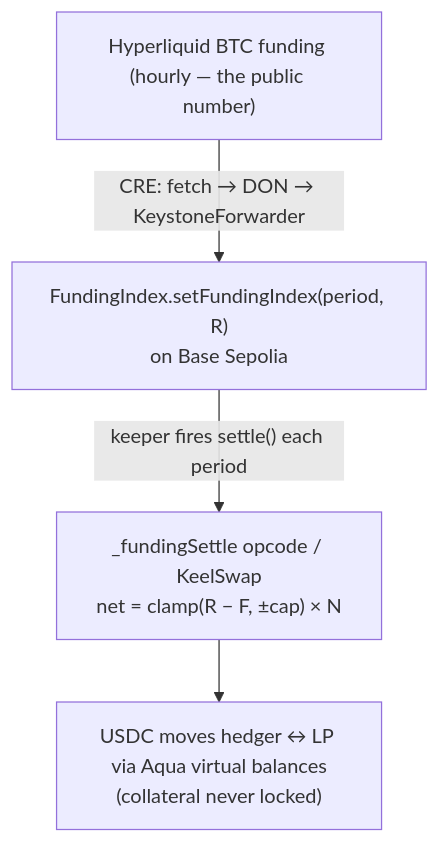
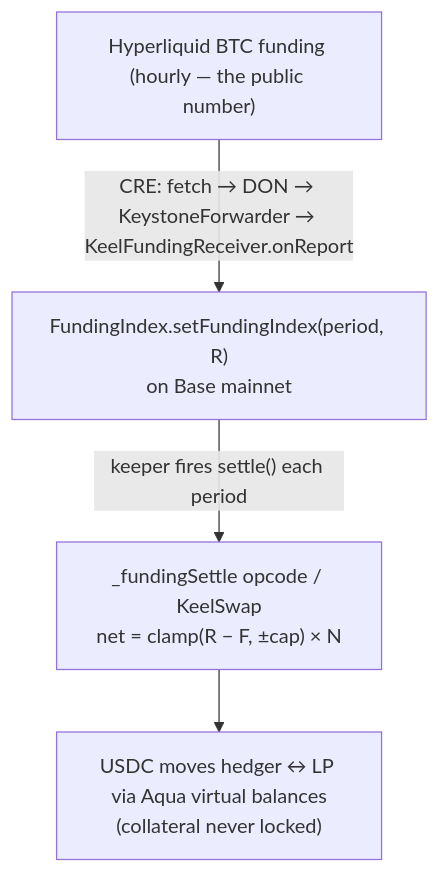
Before and after one commit to 0xYudhishthra/TenorFi: the second of 2 diagrams in README.md, drawn with Mermaid. The commit also changed other lines of this file and 10 other files, not shown here.

First line of the commit message:
feat(contracts): add KeelFundingReceiver CRE consumer; target Base mainnet

````diff
--- a/README.md
+++ b/README.md
@@ -63,6 +63,6 @@
 ```mermaid
 flowchart TB
-    A["Hyperliquid BTC funding (hourly — the public number)"] -->|"CRE: fetch → DON → KeystoneForwarder"| B["FundingIndex.setFundingIndex(period, R)<br/>on Base Sepolia"]
+    A["Hyperliquid BTC funding (hourly — the public number)"] -->|"CRE: fetch → DON → KeystoneForwarder → KeelFundingReceiver.onReport"| B["FundingIndex.setFundingIndex(period, R)<br/>on Base mainnet"]
     B -->|"keeper fires settle() each period"| C["_fundingSettle opcode / KeelSwap<br/>net = clamp(R − F, ±cap) × N"]
     C --> D["USDC moves hedger ↔ LP via Aqua virtual balances<br/>(collateral never locked)"]
 ```
````
